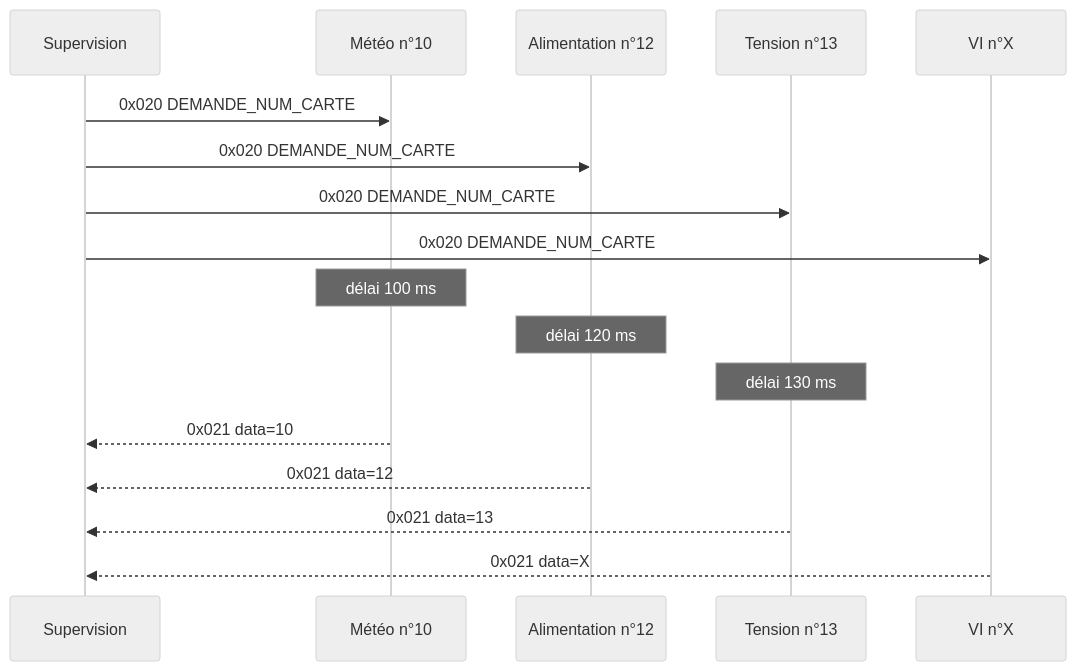
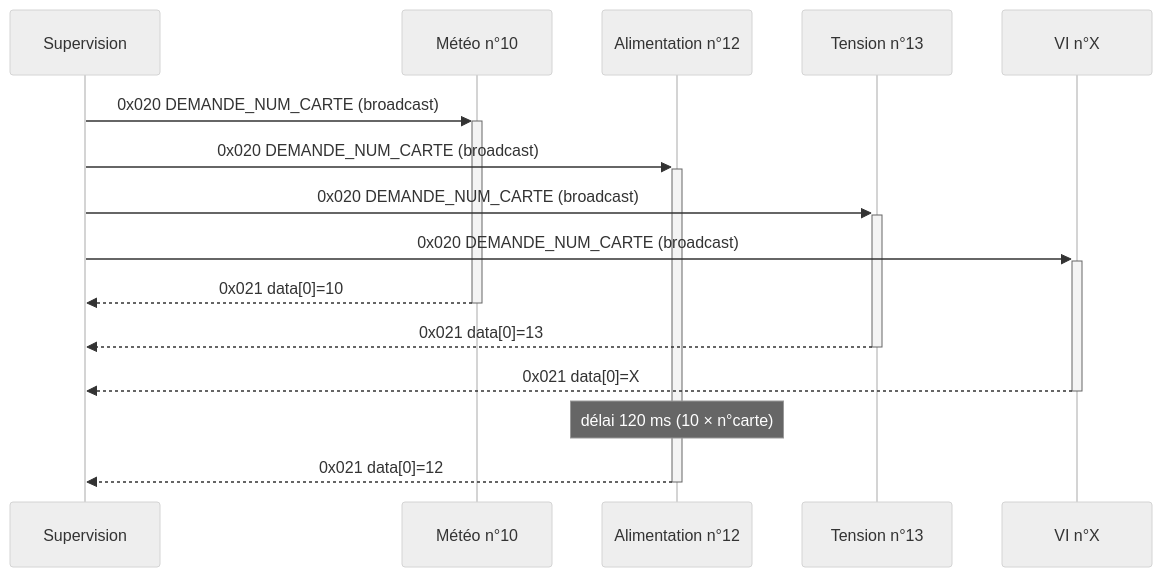
The first of 8 diagrams in docs/can_protocol.md (baptisteB00/Projet_LAOS), drawn with Mermaid (neutral theme) before and after one commit. The commit also changed other lines of this file, not shown here.

````diff
--- a/docs/can_protocol.md
+++ b/docs/can_protocol.md
@@ -144,22 +183,19 @@
 ```mermaid
 sequenceDiagram
     participant SUP as Supervision
-    participant C10 as Météo n°10
-    participant C12 as Alimentation n°12
-    participant C13 as Tension n°13
-    participant VI as VI n°X
+    participant MET as Météo n°10
+    participant ALI as Alimentation n°12
+    participant TEN as Tension n°13
+    participant VI  as VI n°X
 
-    SUP->>C10: 0x020 DEMANDE_NUM_CARTE
-    SUP->>C12: 0x020 DEMANDE_NUM_CARTE
-    SUP->>C13: 0x020 DEMANDE_NUM_CARTE
-    SUP->>VI: 0x020 DEMANDE_NUM_CARTE
+    SUP->>+MET: 0x020 DEMANDE_NUM_CARTE (broadcast)
+    SUP->>+ALI: 0x020 DEMANDE_NUM_CARTE (broadcast)
+    SUP->>+TEN: 0x020 DEMANDE_NUM_CARTE (broadcast)
+    SUP->>+VI:  0x020 DEMANDE_NUM_CARTE (broadcast)
 
-    Note over C10: délai 100 ms
-    Note over C12: délai 120 ms
-    Note over C13: délai 130 ms
-
-    C10-->>SUP: 0x021 data=10
-    C12-->>SUP: 0x021 data=12
-    C13-->>SUP: 0x021 data=13
-    VI-->>SUP: 0x021 data=X
+    MET-->>-SUP: 0x021 data[0]=10
+    TEN-->>-SUP: 0x021 data[0]=13
+    VI-->>-SUP:  0x021 data[0]=X
+    Note over ALI: délai 120 ms (10 × n°carte)
+    ALI-->>-SUP: 0x021 data[0]=12
 ```
````
